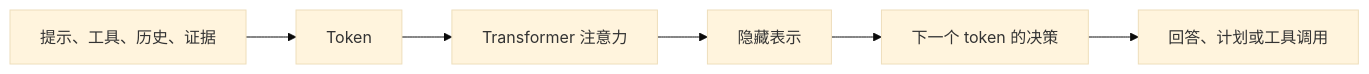
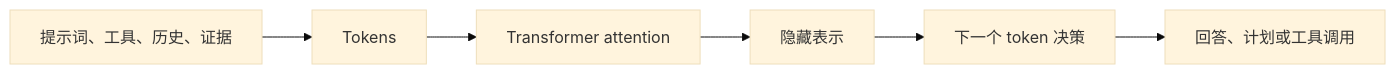
The diagram in zh-Hans/foundations/llm-foundations-for-agent-systems.mdx (Prompthon-IO/agent-systems-handbook), drawn with Mermaid (base theme) before and after one commit. The commit also changed other lines of this file and 8 other files, not shown here.

````diff
--- a/zh-Hans/foundations/llm-foundations-for-agent-systems.mdx
+++ b/zh-Hans/foundations/llm-foundations-for-agent-systems.mdx
@@ -44,8 +44,8 @@
 ```mermaid
 flowchart LR
-  Text["提示、工具、历史、证据"] --> Tokens["Token"]
-  Tokens --> Attention["Transformer 注意力"]
+  Text["提示词、工具、历史、证据"] --> Tokens["Tokens"]
+  Tokens --> Attention["Transformer attention"]
   Attention --> Hidden["隐藏表示"]
-  Hidden --> Output["下一个 token 的决策"]
+  Hidden --> Output["下一个 token 决策"]
   Output --> Actions["回答、计划或工具调用"]
 ```
````
